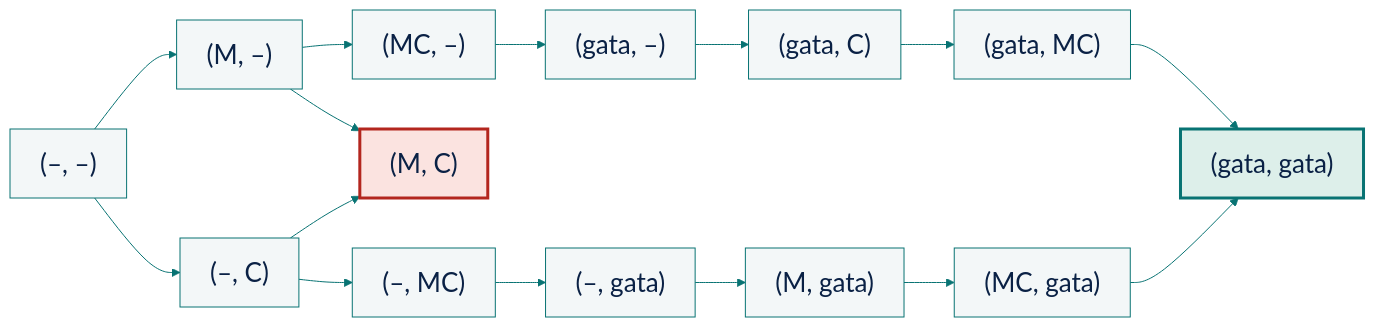
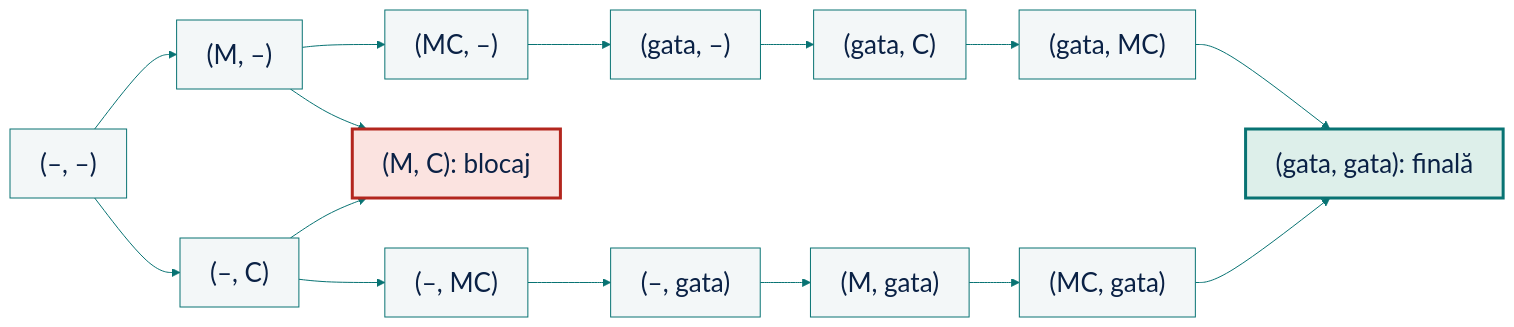
Before and after one commit to traiansf/traiansf.github.io: the diagram in class/amss-2026/curs/09-validare.md, drawn with Mermaid. The commit also changed other lines of this file and 14 other files, not shown here.

````diff
--- a/class/amss-2026/curs/09-validare.md
+++ b/class/amss-2026/curs/09-validare.md
@@ -265,18 +242,18 @@
 ```mermaid
 %%{init: {"theme":"base","themeVariables":{"primaryColor":"#F3F7F8","primaryTextColor":"#0A2145","primaryBorderColor":"#087373","lineColor":"#087373","fontFamily":"Arial","fontSize":"26px"},"themeCSS":".nodeLabel, .nodeLabel p {white-space: nowrap !important; max-width: none !important;}"}}%%
 flowchart LR
   accTitle: Stările accesibile ale variantei V0
-  accDescr: Din starea inițială pornesc două ramuri simetrice. Ambele ajung și în starea (M, C), din care nu pleacă nicio săgeată. Celelalte căi se termină în starea (gata, gata).
+  accDescr: Din starea inițială pornesc două ramuri simetrice. Ambele ajung și în starea (M, C), un blocaj, din care nu pleacă nicio săgeată. Celelalte căi se termină în starea finală intenționată (gata, gata).
   A["(–, –)"] --> B["(M, –)"]
   A --> C["(–, C)"]
   B --> D["(MC, –)"]
-  B --> E["(M, C)"]
+  B --> E["(M, C): blocaj"]
   C --> E
   C --> F["(–, MC)"]
-  D --> G["(gata, –)"] --> I["(gata, C)"] --> K["(gata, MC)"] --> M["(gata, gata)"]
+  D --> G["(gata, –)"] --> I["(gata, C)"] --> K["(gata, MC)"] --> M["(gata, gata): finală"]
   F --> H["(–, gata)"] --> J["(M, gata)"] --> L["(MC, gata)"] --> M
   classDef blocaj fill:#FBE3E0,stroke:#B3261E,color:#0A2145,stroke-width:3px
   classDef finala fill:#DDEFEA,stroke:#087373,color:#0A2145,stroke-width:3px
   class E blocaj
   class M finala
 ```
````
